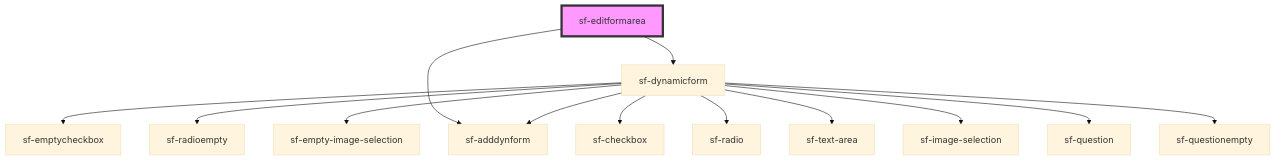
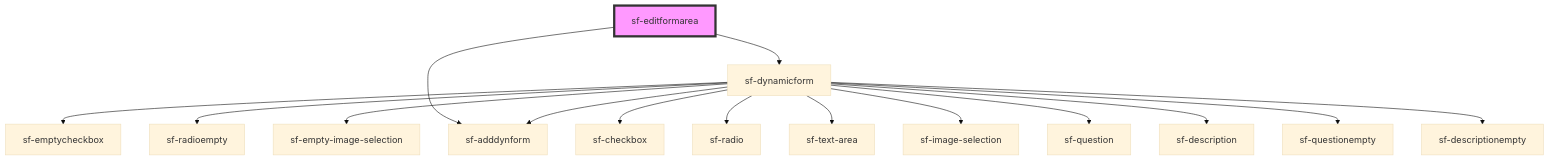
One commit to pxcemaker/SmartForms changed the diagram in fusion-opl/stencil-smartform-on-main/src/components/sf-editformarea/readme.md. Above: the diagram before and after it, drawn with Mermaid (base theme). The commit also changed 1 other file, not shown here.

Commit message:
dynamicform: no width

````diff
--- a/fusion-opl/stencil-smartform-on-main/src/components/sf-editformarea/readme.md
+++ b/fusion-opl/stencil-smartform-on-main/src/components/sf-editformarea/readme.md
@@ -29,16 +29,18 @@
 ```mermaid
 graph TD;
   sf-editformarea --> sf-dynamicform
   sf-editformarea --> sf-adddynform
   sf-dynamicform --> sf-emptycheckbox
   sf-dynamicform --> sf-radioempty
   sf-dynamicform --> sf-empty-image-selection
   sf-dynamicform --> sf-adddynform
   sf-dynamicform --> sf-checkbox
   sf-dynamicform --> sf-radio
   sf-dynamicform --> sf-text-area
   sf-dynamicform --> sf-image-selection
   sf-dynamicform --> sf-question
+  sf-dynamicform --> sf-description
   sf-dynamicform --> sf-questionempty
+  sf-dynamicform --> sf-descriptionempty
   style sf-editformarea fill:#f9f,stroke:#333,stroke-width:4px
 ```
````
